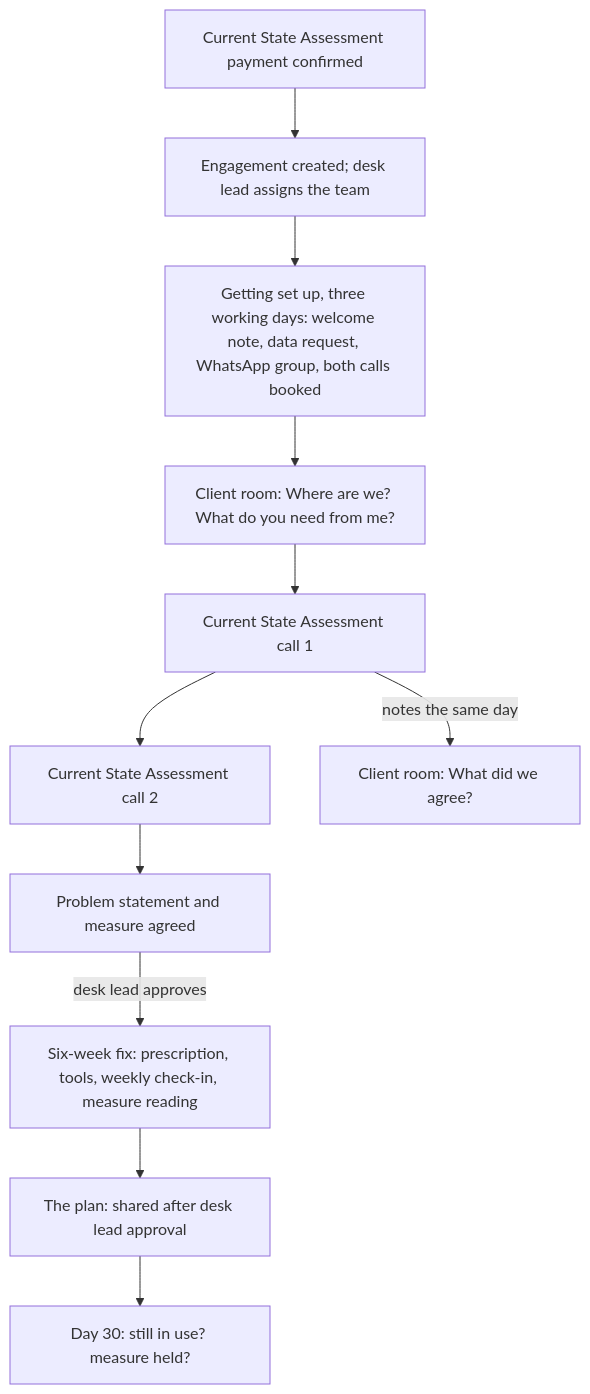
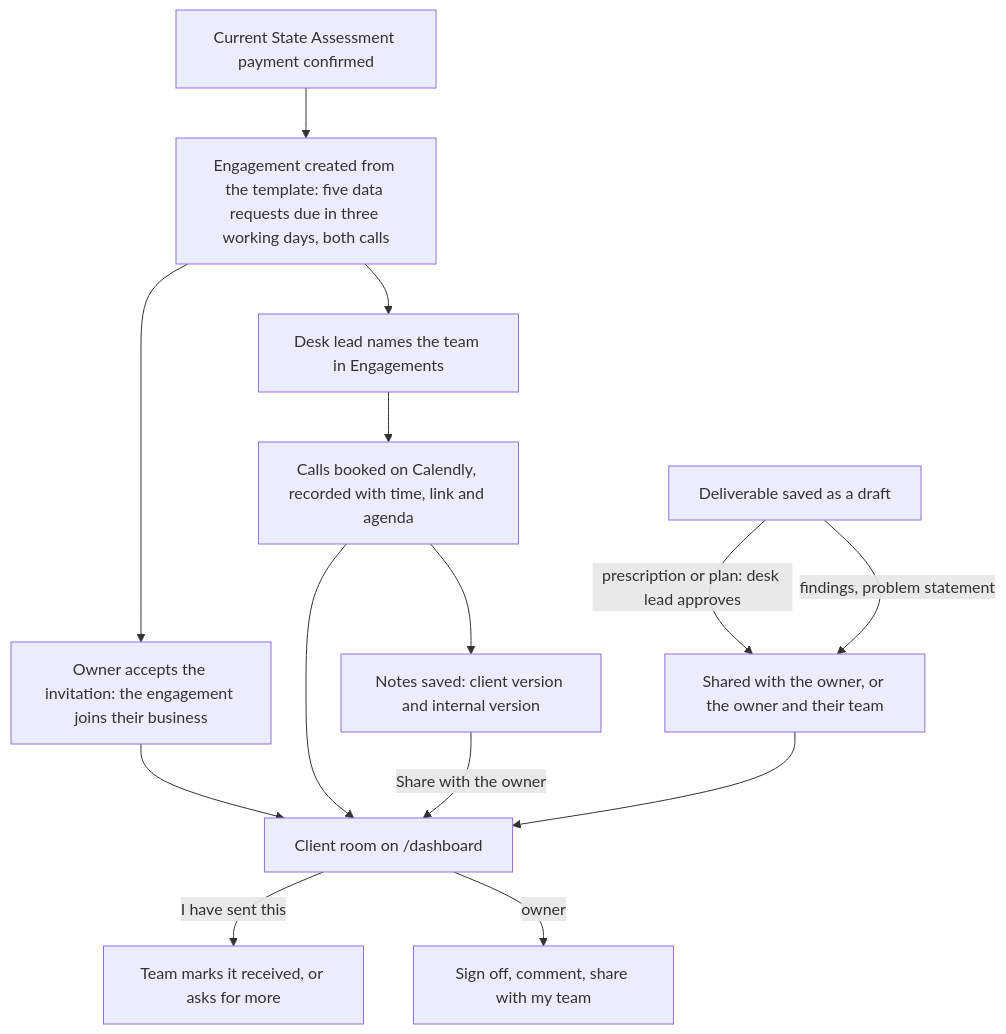
The third of 3 diagrams in docs/product/03-app-flow.md (IPfactory01/IPF-SME), drawn with Mermaid before and after one commit. The commit also changed other lines of this file and 33 other files, not shown here.

````diff
--- a/docs/product/03-app-flow.md
+++ b/docs/product/03-app-flow.md
@@ -183,12 +184,16 @@
 ```mermaid
 flowchart TD
-  P[Current State Assessment payment confirmed] --> E1[Engagement created; desk lead assigns the team]
-  E1 --> E2[Getting set up, three working days: welcome note, data request, WhatsApp group, both calls booked]
-  E2 --> E3[Client room: Where are we? What do you need from me?]
-  E3 --> CS1[Current State Assessment call 1] --> CS2[Current State Assessment call 2]
-  CS1 -->|notes the same day| E4[Client room: What did we agree?]
-  CS2 --> PS[Problem statement and measure agreed]
-  PS -->|desk lead approves| FX[Six-week fix: prescription, tools, weekly check-in, measure reading]
-  FX --> PL[The plan: shared after desk lead approval]
-  PL --> D30[Day 30: still in use? measure held?]
+  P[Current State Assessment payment confirmed] --> E1[Engagement created from the template: five data requests due in three working days, both calls]
+  E1 --> E2[Desk lead names the team in Engagements]
+  E1 --> A[Owner accepts the invitation: the engagement joins their business]
+  A --> R[Client room on /dashboard]
+  E2 --> B[Calls booked on Calendly, recorded with time, link and agenda]
+  B --> R
+  R -->|I have sent this| T[Team marks it received, or asks for more]
+  B --> N[Notes saved: client version and internal version]
+  N -->|Share with the owner| R
+  D[Deliverable saved as a draft] -->|prescription or plan: desk lead approves| S[Shared with the owner, or the owner and their team]
+  D -->|findings, problem statement| S
+  S --> R
+  R -->|owner| SO[Sign off, comment, share with my team]
 ```
````
